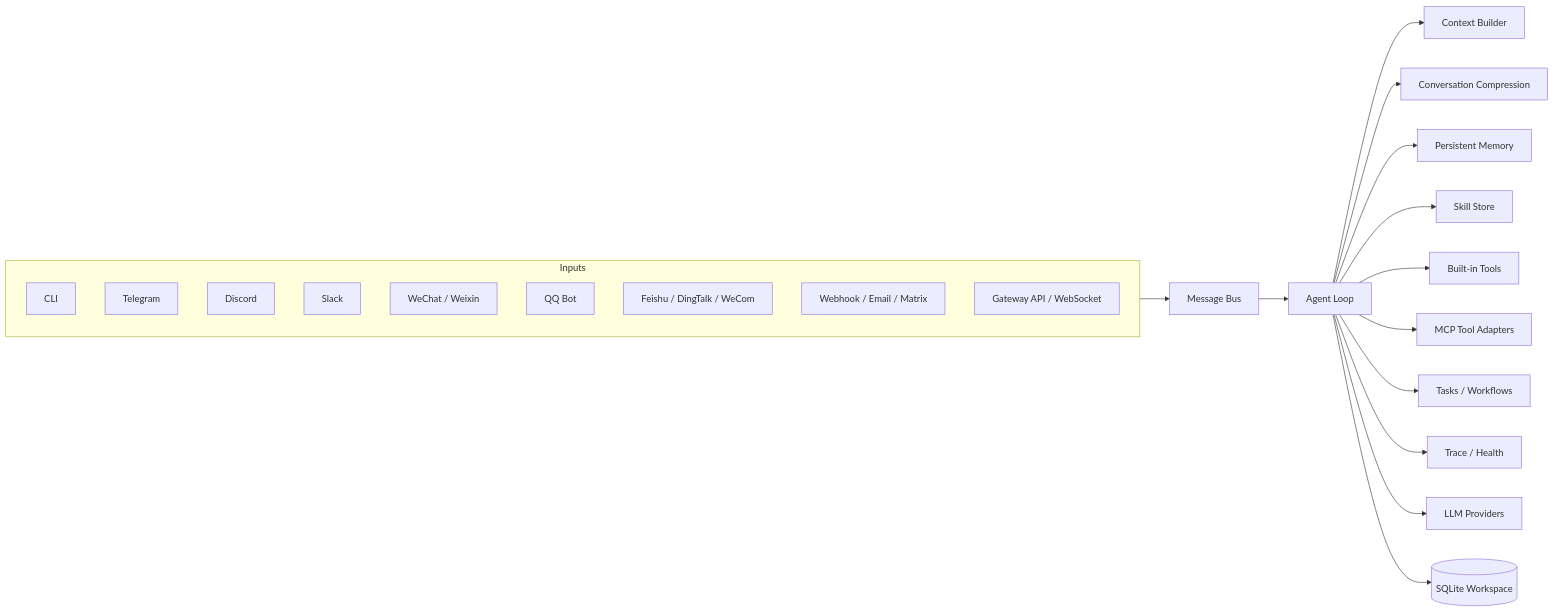
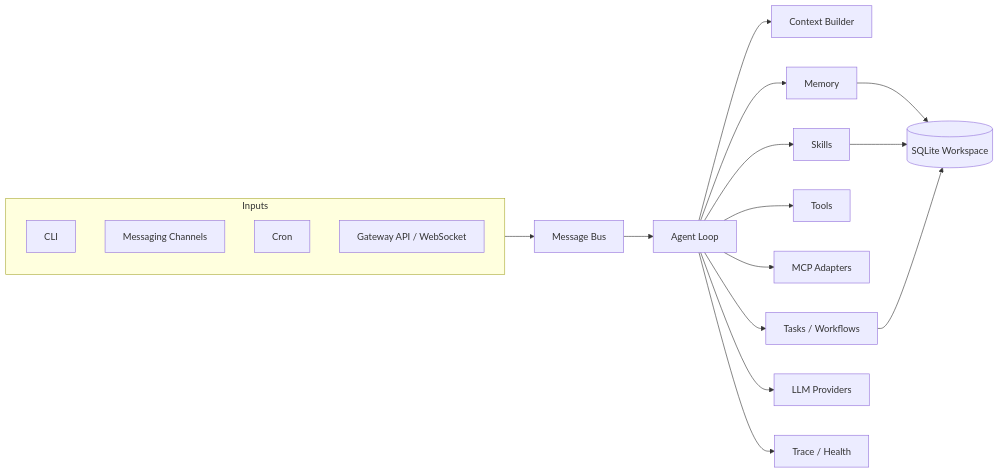
The diagram in README.md (fuyuxiang/echo-agent), drawn with Mermaid before and after one commit. The commit also changed other lines of this file and 3 other files, not shown here.

````diff
--- a/README.md
+++ b/README.md
@@ -43,29 +349,25 @@
 ```mermaid
 flowchart LR
     subgraph Inputs[Inputs]
       CLI[CLI]
-      TG[Telegram]
-      DC[Discord]
-      SL[Slack]
-      WX[WeChat / Weixin]
-      QQ[QQ Bot]
-      FEI[Feishu / DingTalk / WeCom]
-      REST[Webhook / Email / Matrix]
+      Channels[Messaging Channels]
+      Cron[Cron]
       API[Gateway API / WebSocket]
     end
 
     Inputs --> Bus[Message Bus]
     Bus --> Agent[Agent Loop]
 
     Agent --> Context[Context Builder]
-    Agent --> Compress[Conversation Compression]
-    Agent --> Memory[Persistent Memory]
-    Agent --> Skills[Skill Store]
-    Agent --> Tools[Built-in Tools]
-    Agent --> MCP[MCP Tool Adapters]
+    Agent --> Memory[Memory]
+    Agent --> Skills[Skills]
+    Agent --> Tools[Tools]
+    Agent --> MCP[MCP Adapters]
     Agent --> Tasks[Tasks / Workflows]
-    Agent --> Trace[Trace / Health]
+    Agent --> Providers[LLM Providers]
 
-    Agent --> Providers[LLM Providers]
-    Agent --> Storage[(SQLite Workspace)]
+    Memory --> Storage[(SQLite Workspace)]
+    Skills --> Storage
+    Tasks --> Storage
+    Agent --> Observability[Trace / Health]
 ```
````
